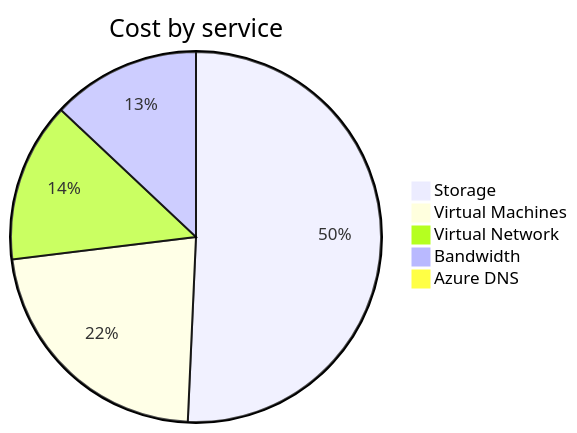
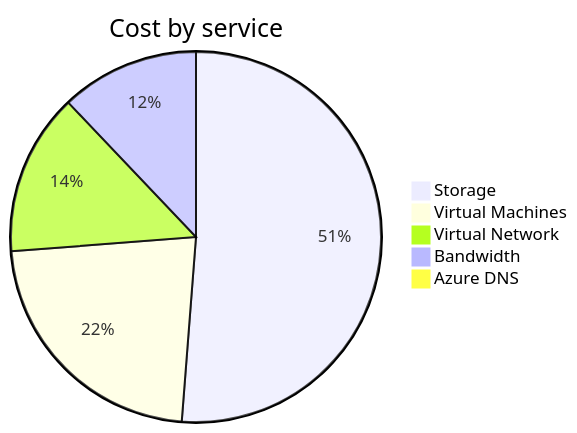
One commit to jpfulton/azure-personal-reports changed the second of 4 diagrams in cost-reports/personal-network/README.md. Above: the diagram before and after it, drawn with Mermaid. The commit also changed other lines of this file and 8 other files, not shown here.

````diff
--- a/cost-reports/personal-network/README.md
+++ b/cost-reports/personal-network/README.md
@@ -97,9 +97,9 @@
 ```mermaid
 pie
    title Cost by service
-   "Storage" : 10.39
-   "Virtual Machines" : 4.58
-   "Virtual Network" : 2.86
+   "Storage" : 11.27
+   "Virtual Machines" : 4.96
+   "Virtual Network" : 3.11
    "Bandwidth" : 2.66
-   "Azure DNS" : 0.19
+   "Azure DNS" : 0.21
 ```
````
